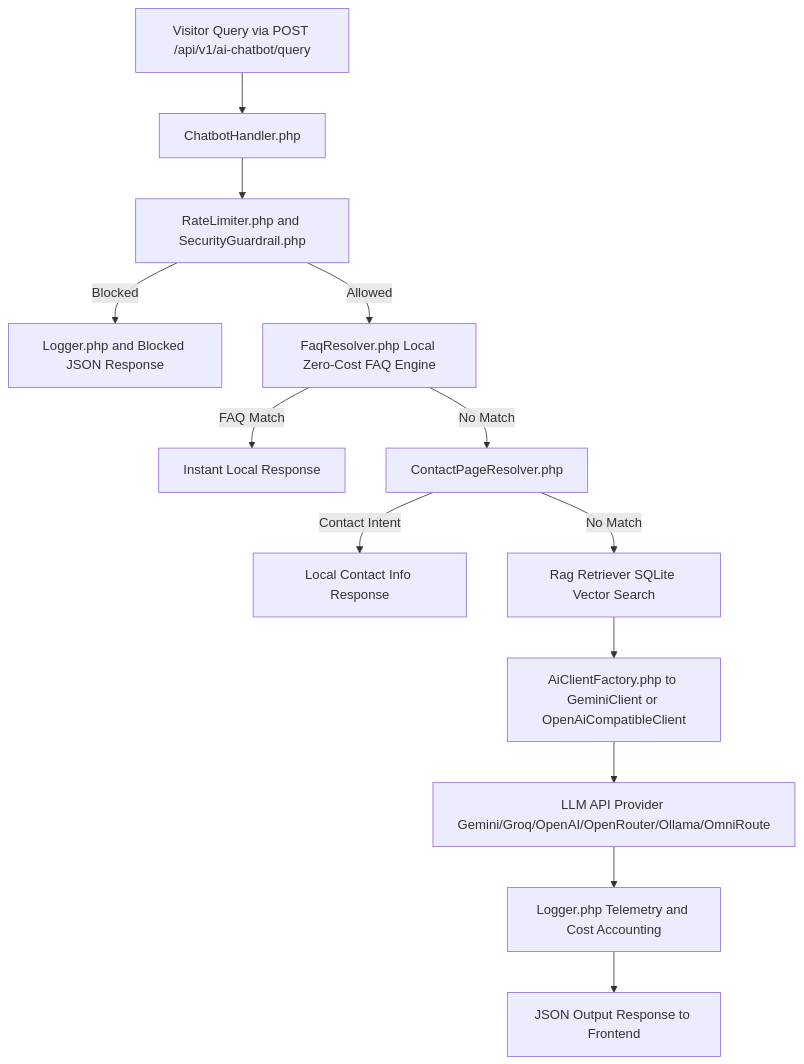
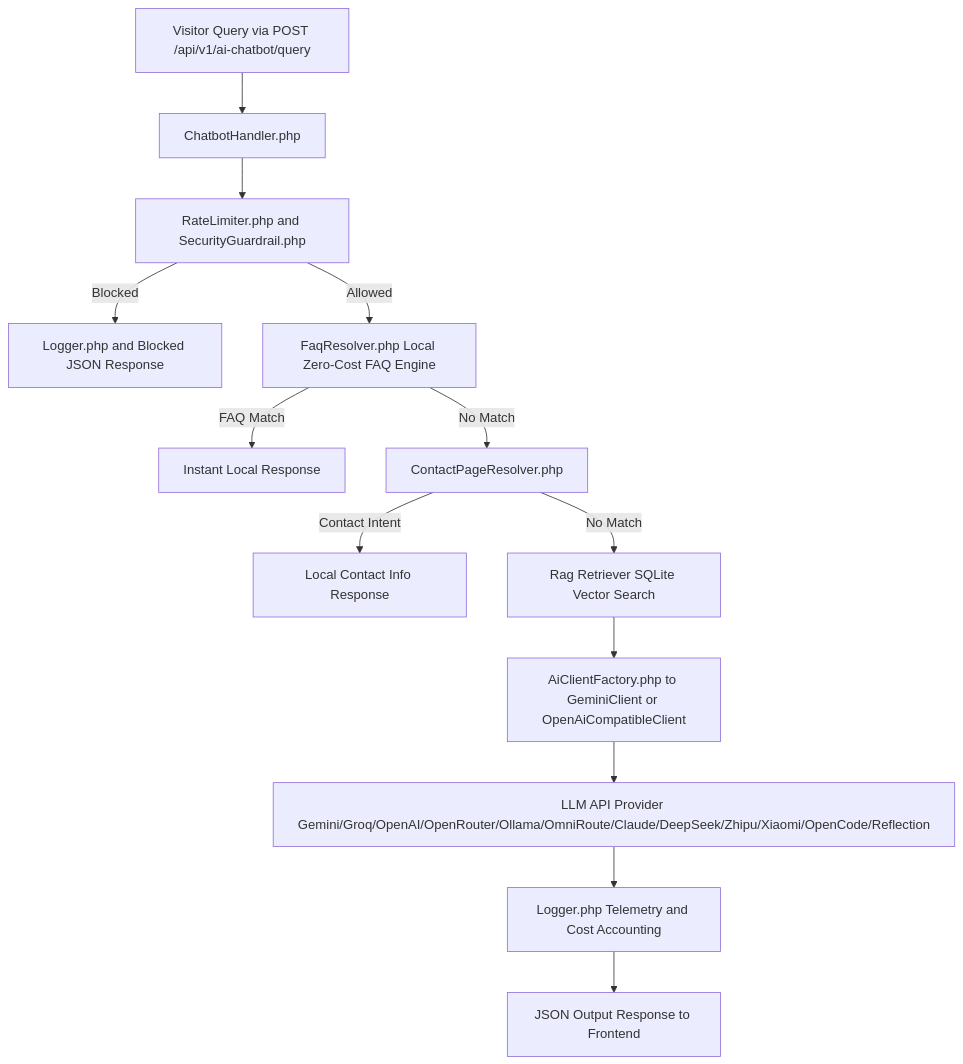
The diagram in DEVELOPER.md (milkboyinchina/grav-ai-chatbot), drawn with Mermaid before and after one commit. The commit also changed other lines of this file and 28 other files, not shown here.

````diff
--- a/DEVELOPER.md
+++ b/DEVELOPER.md
@@ -9,15 +9,15 @@
 ```mermaid
 graph TD
     A[Visitor Query via POST /api/v1/ai-chatbot/query] --> B[ChatbotHandler.php]
     B --> C[RateLimiter.php and SecurityGuardrail.php]
     C -->|Blocked| D[Logger.php and Blocked JSON Response]
     C -->|Allowed| E[FaqResolver.php Local Zero-Cost FAQ Engine]
     E -->|FAQ Match| F[Instant Local Response]
     E -->|No Match| E2[ContactPageResolver.php]
     E2 -->|Contact Intent| F2[Local Contact Info Response]
     E2 -->|No Match| G[Rag Retriever SQLite Vector Search]
     G --> H[AiClientFactory.php to GeminiClient or OpenAiCompatibleClient]
-    H --> I[LLM API Provider Gemini/Groq/OpenAI/OpenRouter/Ollama/OmniRoute]
+    H --> I[LLM API Provider Gemini/Groq/OpenAI/OpenRouter/Ollama/OmniRoute/Claude/DeepSeek/Zhipu/Xiaomi/OpenCode/Reflection]
     I --> J[Logger.php Telemetry and Cost Accounting]
     J --> K[JSON Output Response to Frontend]
 ```
````
